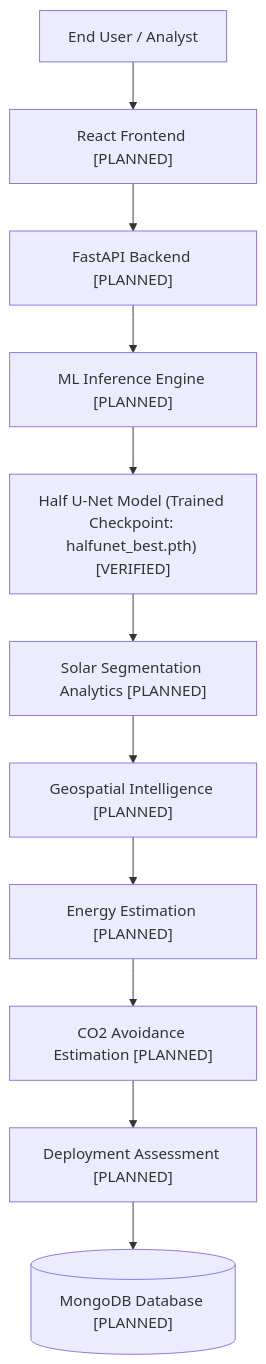
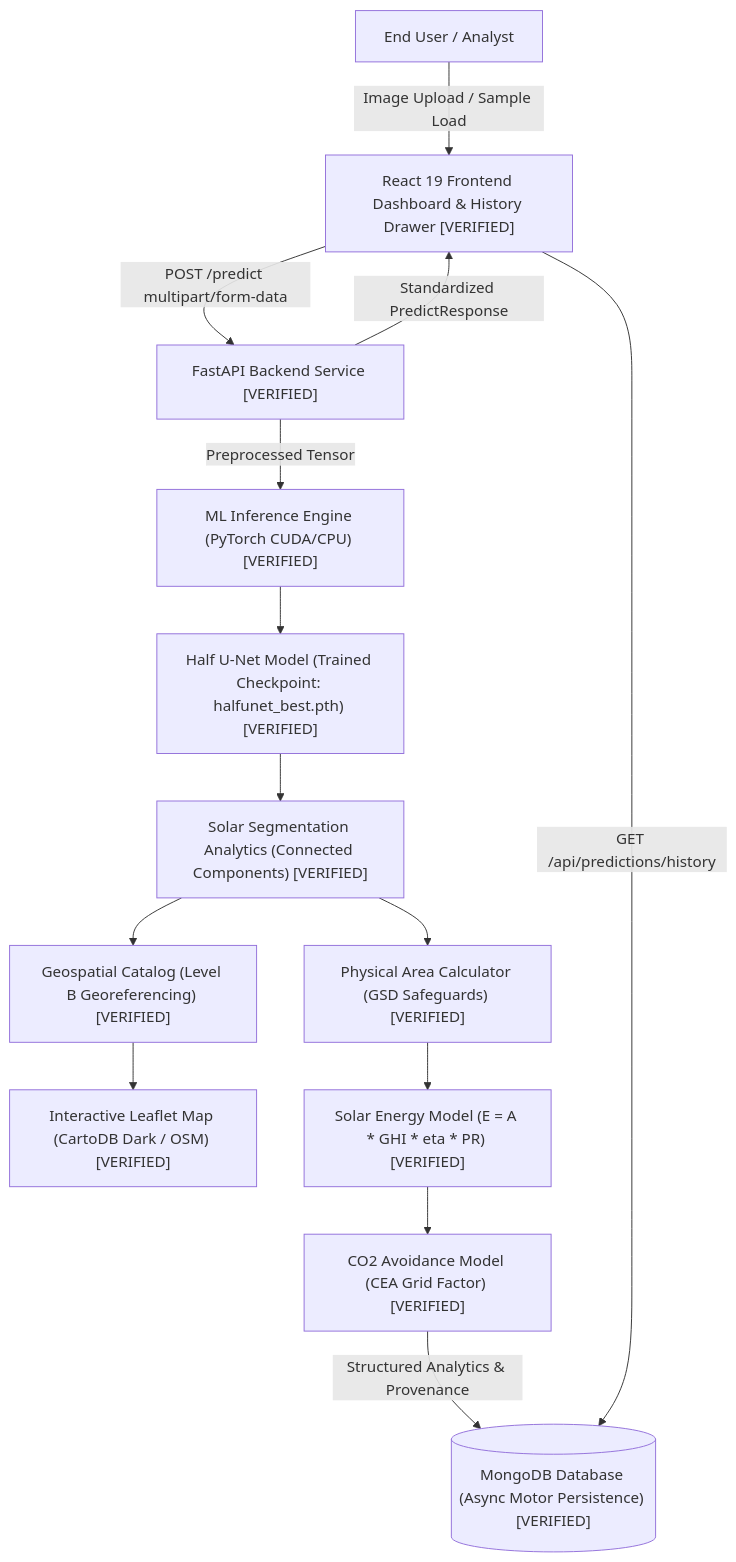
Before and after one commit to Lohith-25/Lohith-FS-AI: the diagram in docs/PROJECT_ARCHITECTURE.md, drawn with Mermaid. The commit also changed other lines of this file and 111 other files, not shown here.

Commit message:
feat: complete SolarMap-India platform with web frontend, tiled inference, database, and documentation

````diff
--- a/docs/PROJECT_ARCHITECTURE.md
+++ b/docs/PROJECT_ARCHITECTURE.md
@@ -21,25 +21,29 @@
 ```mermaid
 flowchart TD
     User["End User / Analyst"]
-    ReactFrontend["React Frontend [PLANNED]"]
-    FastAPIBackend["FastAPI Backend [PLANNED]"]
-    MLInference["ML Inference Engine [PLANNED]"]
+    ReactFrontend["React 19 Frontend Dashboard & History Drawer [VERIFIED]"]
+    FastAPIBackend["FastAPI Backend Service [VERIFIED]"]
+    MLInference["ML Inference Engine (PyTorch CUDA/CPU) [VERIFIED]"]
     HalfUNet["Half U-Net Model (Trained Checkpoint: halfunet_best.pth) [VERIFIED]"]
-    SolarAnalytics["Solar Segmentation Analytics [PLANNED]"]
-    GeoIntel["Geospatial Intelligence [PLANNED]"]
-    EnergyEst["Energy Estimation [PLANNED]"]
-    CO2Est["CO2 Avoidance Estimation [PLANNED]"]
-    DeployAssess["Deployment Assessment [PLANNED]"]
-    MongoDB[("MongoDB Database [PLANNED]")]
+    SolarAnalytics["Solar Segmentation Analytics (Connected Components) [VERIFIED]"]
+    GeoIntel["Geospatial Catalog (Level B Georeferencing) [VERIFIED]"]
+    LeafletMap["Interactive Leaflet Map (CartoDB Dark / OSM) [VERIFIED]"]
+    AreaEngine["Physical Area Calculator (GSD Safeguards) [VERIFIED]"]
+    EnergyEngine["Solar Energy Model (E = A * GHI * eta * PR) [VERIFIED]"]
+    CO2Engine["CO2 Avoidance Model (CEA Grid Factor) [VERIFIED]"]
+    MongoDB[("MongoDB Database (Async Motor Persistence) [VERIFIED]")]
 
-    User --> ReactFrontend
-    ReactFrontend --> FastAPIBackend
-    FastAPIBackend --> MLInference
+    User -->|Image Upload / Sample Load| ReactFrontend
+    ReactFrontend -->|POST /predict multipart/form-data| FastAPIBackend
+    FastAPIBackend -->|Preprocessed Tensor| MLInference
     MLInference --> HalfUNet
     HalfUNet --> SolarAnalytics
     SolarAnalytics --> GeoIntel
-    GeoIntel --> EnergyEst
-    EnergyEst --> CO2Est
-    CO2Est --> DeployAssess
-    DeployAssess --> MongoDB
+    GeoIntel --> LeafletMap
+    SolarAnalytics --> AreaEngine
+    AreaEngine --> EnergyEngine
+    EnergyEngine --> CO2Engine
+    CO2Engine -->|Structured Analytics & Provenance| MongoDB
+    FastAPIBackend -->|Standardized PredictResponse| ReactFrontend
+    ReactFrontend -->|GET /api/predictions/history| MongoDB
 ```
````
